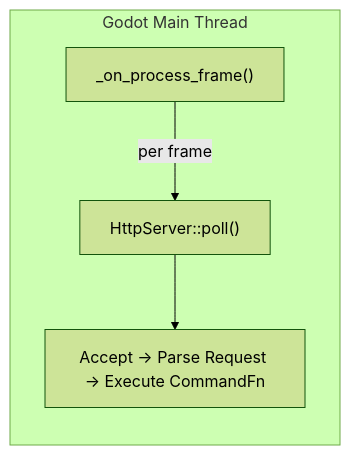
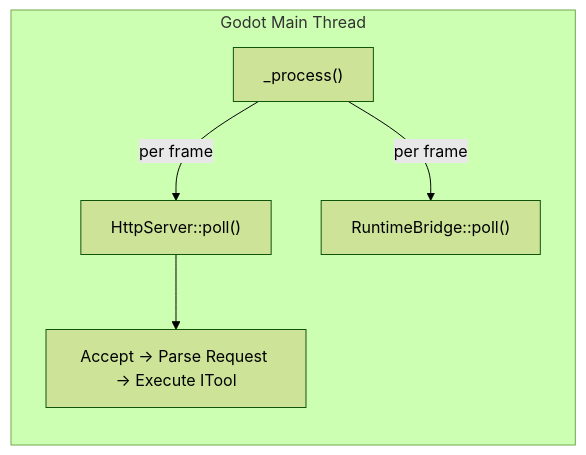
The second of 4 diagrams in docs/en/guide/architecture.md (jesspig/GodotMCP-GDExtension), drawn with Mermaid (forest theme) before and after one commit. The commit also changed other lines of this file and 18 other files, not shown here.

````diff
--- a/docs/en/guide/architecture.md
+++ b/docs/en/guide/architecture.md
@@ -47,9 +47,11 @@
 ```mermaid
 flowchart LR
     subgraph MAIN["Godot Main Thread"]
-        A["_on_process_frame()"]
+        A["_process()"]
         C["HttpServer::poll()"]
-        D["Accept → Parse Request → Execute CommandFn"]
+        D["Accept → Parse Request → Execute ITool"]
+        E["RuntimeBridge::poll()"]
     end
     A -->|per frame| C --> D
+    A -->|per frame| E
 ```
````
